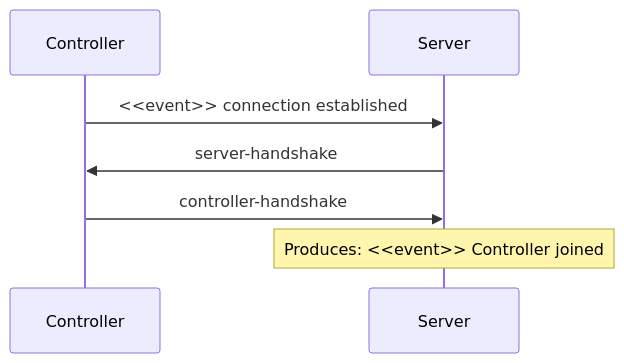
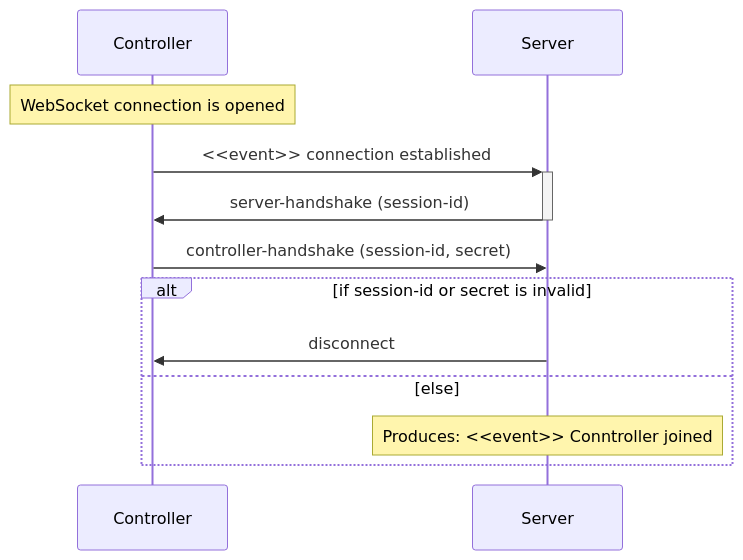
The fourth of 12 diagrams in schema/schemas/README.md (robocode-dev/tank-royale), drawn with Mermaid before and after one commit. The commit also changed other lines of this file, not shown here.

Commit message:
Updated README.md for the schema.

````diff
--- a/schema/schemas/README.md
+++ b/schema/schemas/README.md
@@ -69,7 +85,12 @@
 ```mermaid
-sequenceDiagram
-    Controller->>Server: <<event>> connection established
-    Server->>Controller: server-handshake
-    Controller->>Server: controller-handshake
-    Note over Server: Produces: <<event>> Controller joined
+sequenceDiagram   
+    Note over Controller: WebSocket connection is opened
+    Controller->>+Server: <<event>> connection established
+    Server->>-Controller: server-handshake (session-id)
+    Controller->>Server: controller-handshake (session-id, secret)
+    alt if session-id or secret is invalid
+        Server->>Controller: disconnect
+    else else
+        Note over Server: Produces: <<event>> Conntroller joined
+    end
 ```
````
